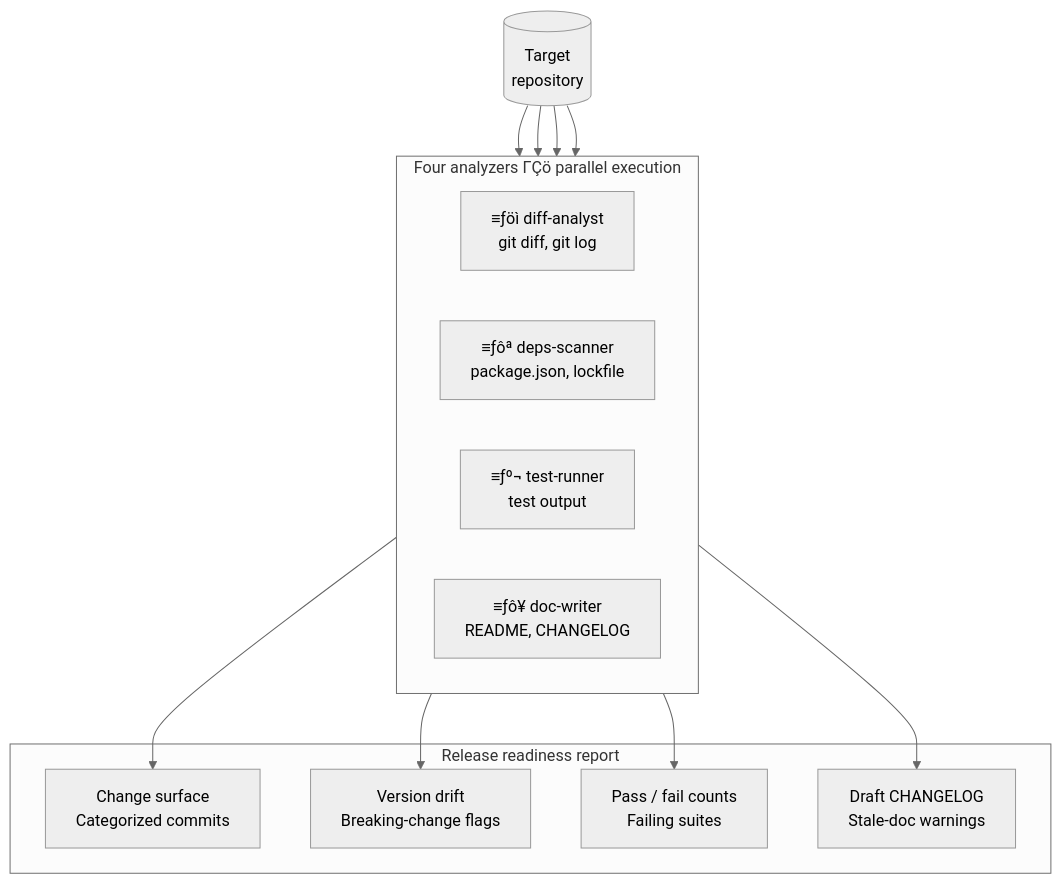
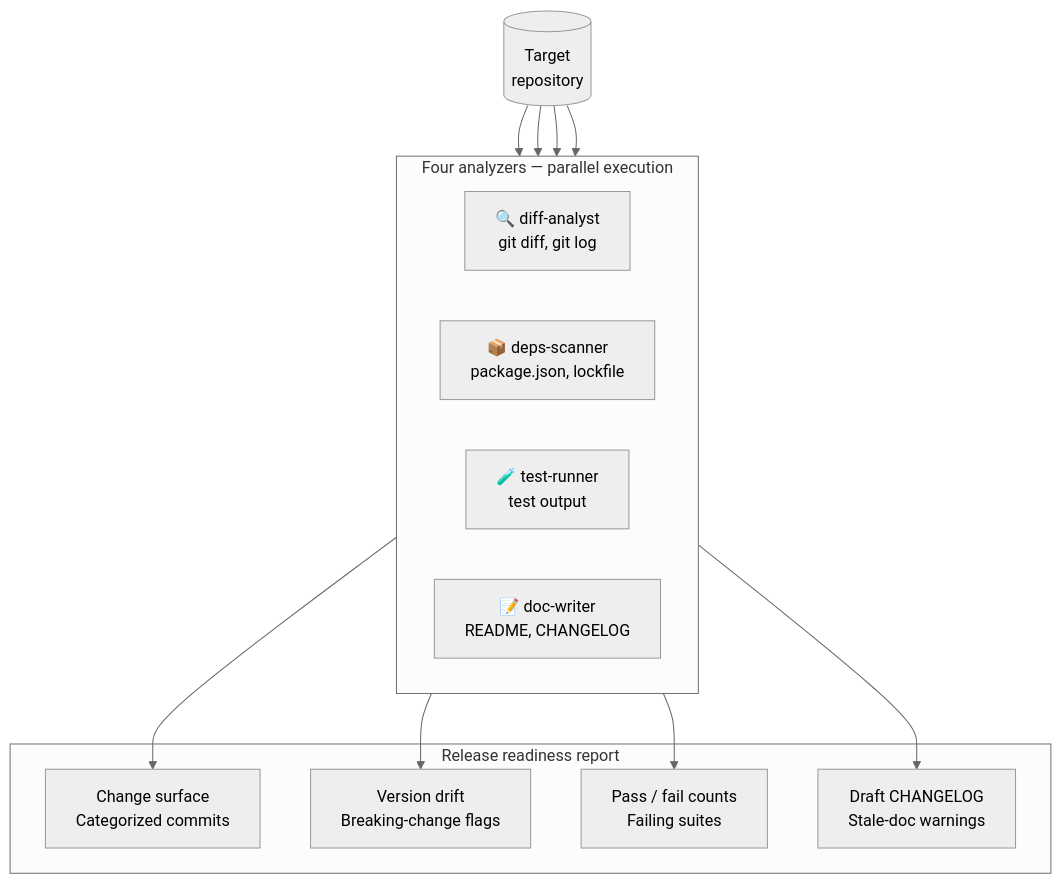
The sixth of 9 diagrams in README.md (TonyINSY6629/Project_for_IBM_Hackathon_Bob_in_Action), drawn with Mermaid (neutral theme) before and after one commit. The commit also changed other lines of this file, not shown here.

````diff
--- a/README.md
+++ b/README.md
@@ -262,26 +262,26 @@
 ```mermaid
 flowchart TB
-    REPO[(Target\nrepository)]
+    REPO[("Target<br/>repository")]
 
-    subgraph Parallel["Four analyzers ΓÇö parallel execution"]
+    subgraph Parallel["Four analyzers — parallel execution"]
         direction LR
-        A1["≡ƒöì diff-analyst\ngit diff, git log"]
-        A2["≡ƒôª deps-scanner\npackage.json, lockfile"]
-        A3["≡ƒº¬ test-runner\ntest output"]
-        A4["≡ƒô¥ doc-writer\nREADME, CHANGELOG"]
+        A1["🔍 diff-analyst<br/>git diff, git log"]
+        A2["📦 deps-scanner<br/>package.json, lockfile"]
+        A3["🧪 test-runner<br/>test output"]
+        A4["📝 doc-writer<br/>README, CHANGELOG"]
     end
 
     REPO --> A1 & A2 & A3 & A4
 
     subgraph Report["Release readiness report"]
-        R1[Change surface\nCategorized commits]
-        R2[Version drift\nBreaking-change flags]
-        R3[Pass / fail counts\nFailing suites]
-        R4[Draft CHANGELOG\nStale-doc warnings]
+        R1["Change surface<br/>Categorized commits"]
+        R2["Version drift<br/>Breaking-change flags"]
+        R3["Pass / fail counts<br/>Failing suites"]
+        R4["Draft CHANGELOG<br/>Stale-doc warnings"]
     end
 
     A1 --> R1
     A2 --> R2
     A3 --> R3
     A4 --> R4
 ```
````
